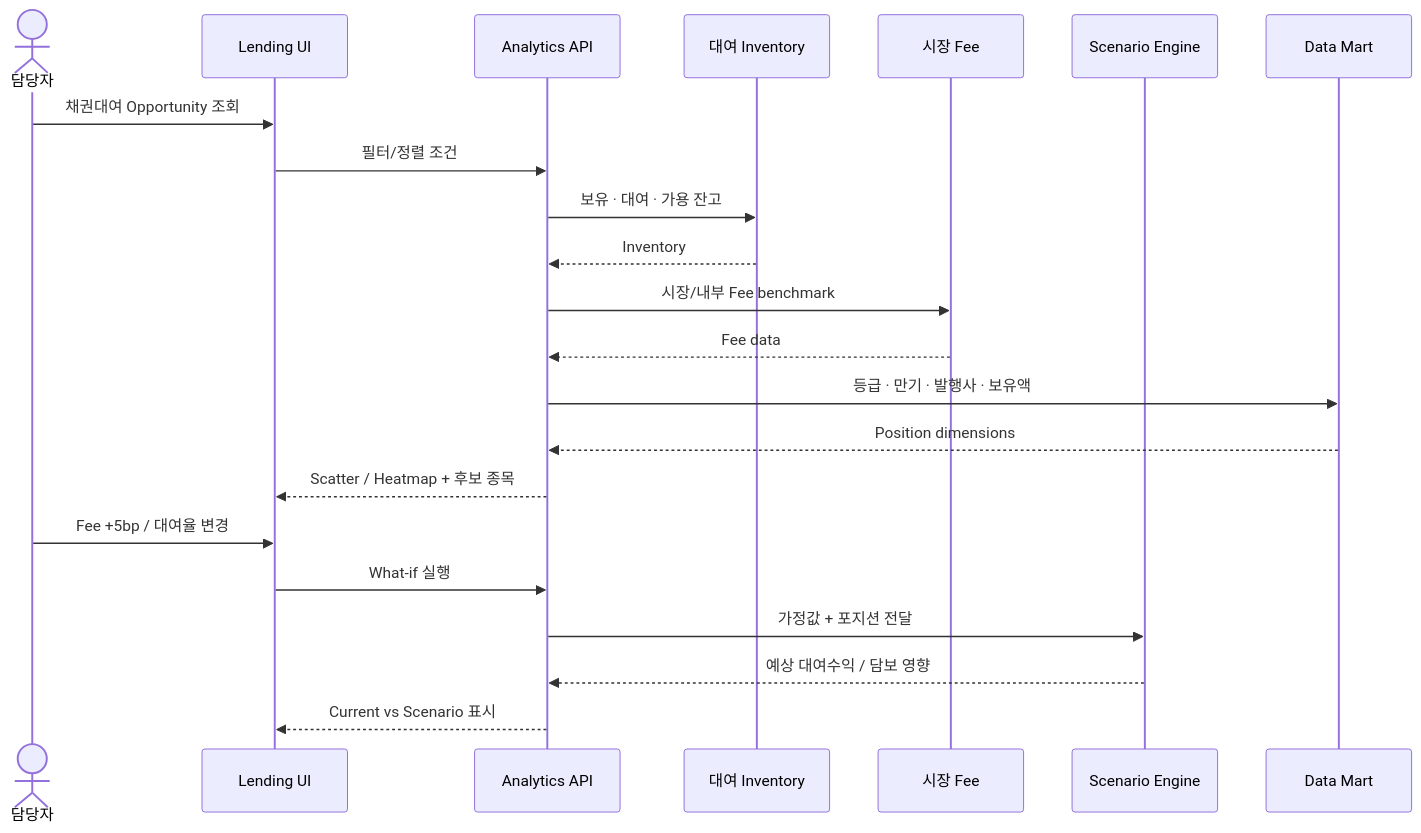
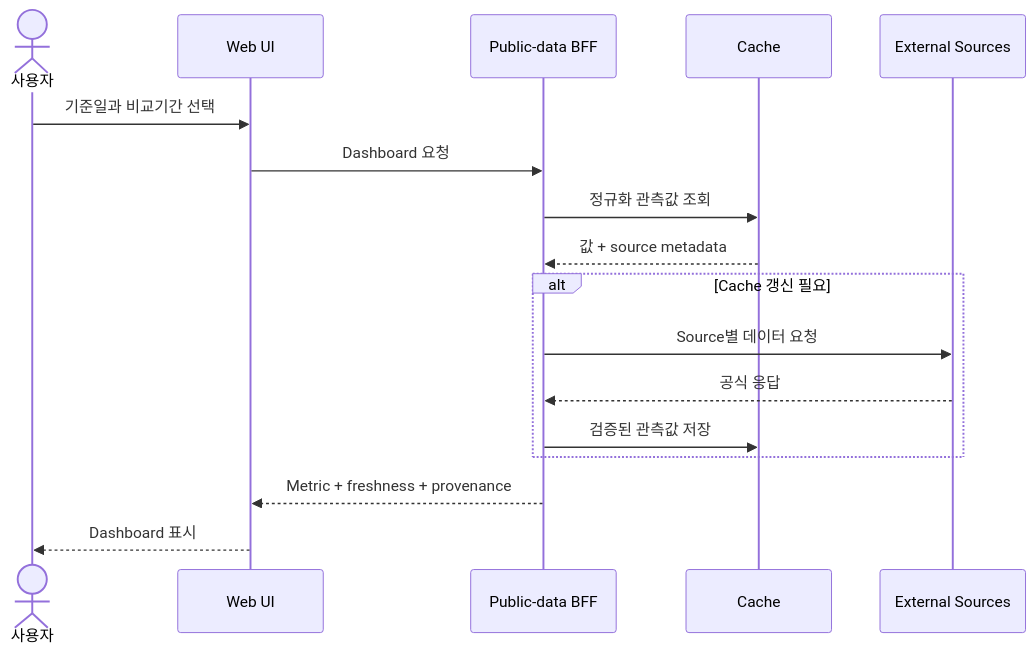
One commit to HideOnHouse/bondb changed the second of 3 diagrams in docs/design-document.md. Above: the diagram before and after it, drawn with Mermaid. The commit also changed other lines of this file and 3 other files, not shown here.

````diff
--- a/docs/design-document.md
+++ b/docs/design-document.md
@@ -364,26 +236,20 @@
 ```mermaid
 sequenceDiagram
-    actor O as 담당자
-    participant UI as Lending UI
-    participant API as Analytics API
-    participant INV as 대여 Inventory
-    participant FEE as 시장 Fee
-    participant SCN as Scenario Engine
-    participant DM as Data Mart
+    actor U as 사용자
+    participant UI as Web UI
+    participant API as Public-data BFF
+    participant C as Cache
+    participant S as External Sources
 
-    O->>UI: 채권대여 Opportunity 조회
-    UI->>API: 필터/정렬 조건
-    API->>INV: 보유 · 대여 · 가용 잔고
-    INV-->>API: Inventory
-    API->>FEE: 시장/내부 Fee benchmark
-    FEE-->>API: Fee data
-    API->>DM: 등급 · 만기 · 발행사 · 보유액
-    DM-->>API: Position dimensions
-    API-->>UI: Scatter / Heatmap + 후보 종목
-
-    O->>UI: Fee +5bp / 대여율 변경
-    UI->>API: What-if 실행
-    API->>SCN: 가정값 + 포지션 전달
-    SCN-->>API: 예상 대여수익 / 담보 영향
-    API-->>UI: Current vs Scenario 표시
+    U->>UI: 기준일과 비교기간 선택
+    UI->>API: Dashboard 요청
+    API->>C: 정규화 관측값 조회
+    C-->>API: 값 + source metadata
+    alt Cache 갱신 필요
+        API->>S: Source별 데이터 요청
+        S-->>API: 공식 응답
+        API->>C: 검증된 관측값 저장
+    end
+    API-->>UI: Metric + freshness + provenance
+    UI-->>U: Dashboard 표시
 ```
````
